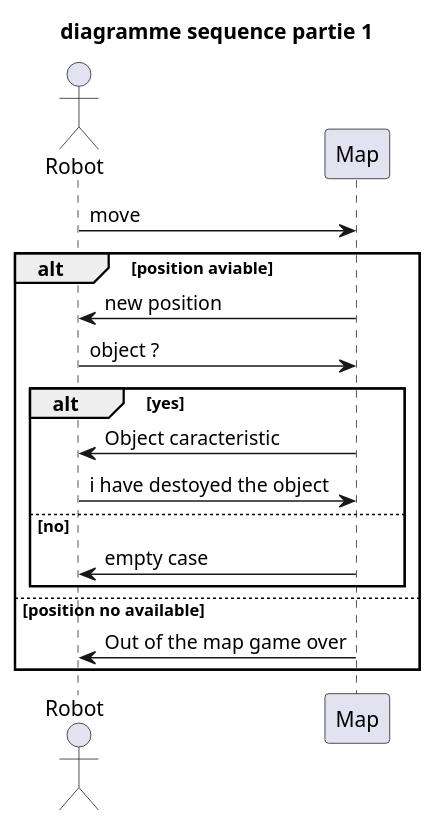
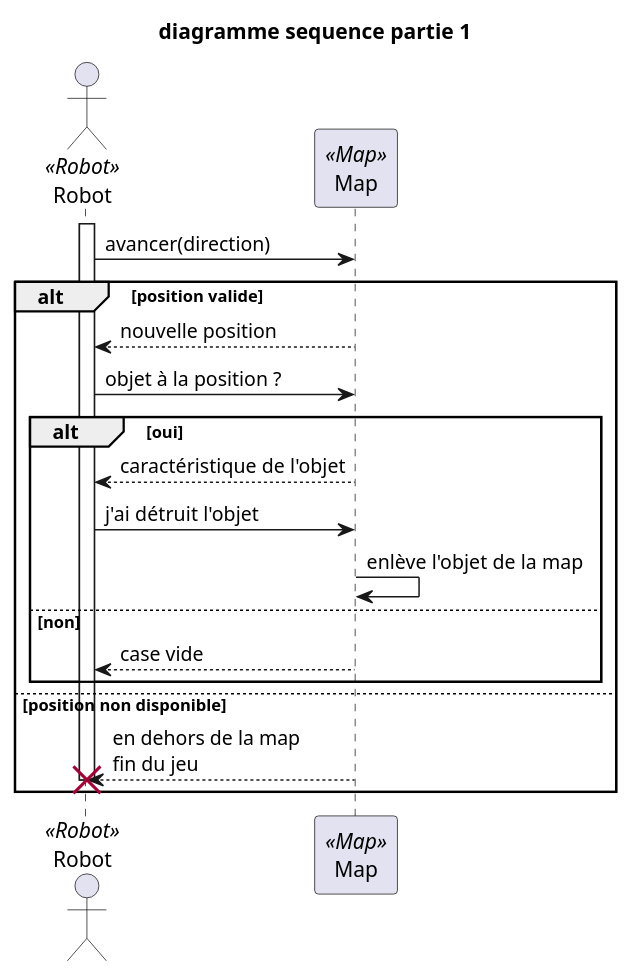
Before and after one commit to AlphaBooy/Mars-Robot: the fourth of 8 diagrams in files/uml/uml.wsd, drawn with PlantUML. The commit also changed other lines of this file and 2 other files, not shown here.

Commit message:
♻️ update diagram sequence partie 1

```diff
--- a/files/uml/uml.wsd
+++ b/files/uml/uml.wsd
@@ -170,20 +170,23 @@
-@startuml diagrammeSequence
+@startuml diagrammeSequencePart1
 title diagramme sequence partie 1
-actor Robot
-participant Map
+actor Robot as Robot <<Robot>>
+participant Map as Map <<Map>>
+activate Robot
+Robot -> Map : avancer(direction)
+alt position valide
+Map --> Robot : nouvelle position
+Robot -> Map : objet à la position ? 
 
-Robot -> Map : move
-alt position aviable
-Map -> Robot : new position
-Robot -> Map : object ? 
-
-alt yes 
-Map -> Robot : Object caracteristic
-Robot -> Map : i have destoyed the object
-else no
-Map -> Robot : empty case
+alt oui 
+Map --> Robot : caractéristique de l'objet
+Robot -> Map : j'ai détruit l'objet
+Map -> Map : enlève l'objet de la map
+else non
+Map --> Robot : case vide
 end
-else position no available
-Map -> Robot : Out of the map game over
+else position non disponible
+Map --> Robot : en dehors de la map\nfin du jeu
+destroy Robot
+deactivate Robot
 end
 @enduml
```
